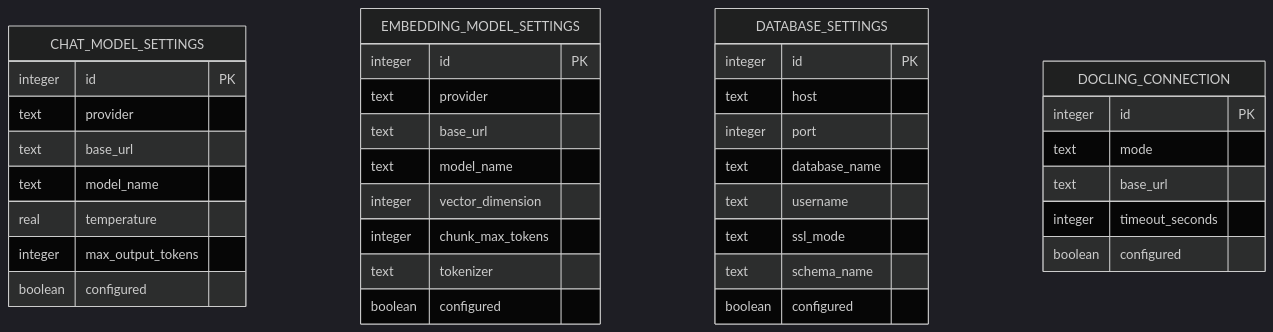
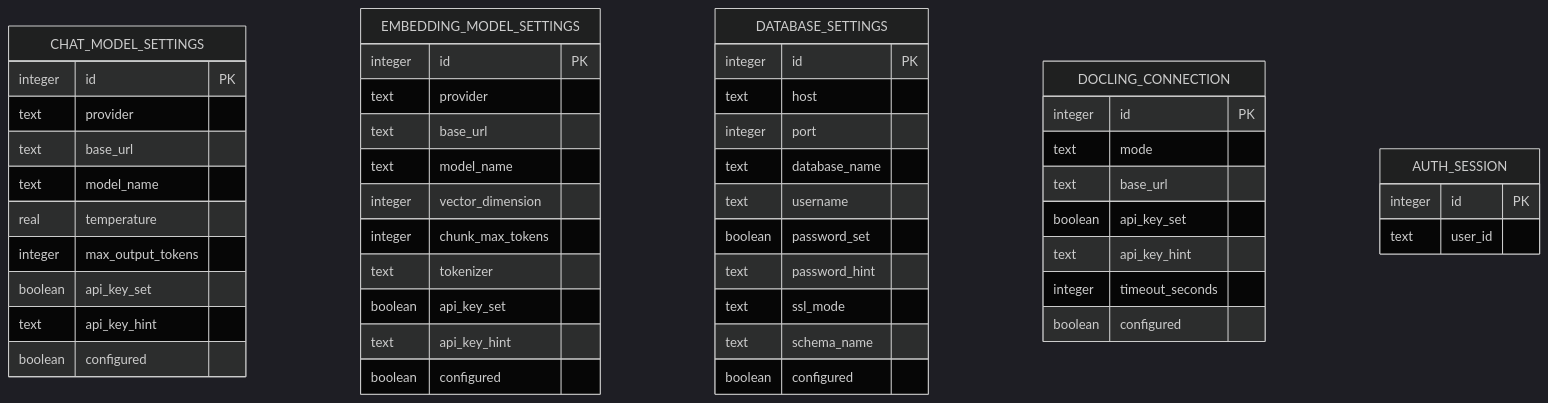
One commit to RP-Guruh/rag-studio changed the fourth of 4 diagrams in README.md. Above: the diagram before and after it, drawn with Mermaid (dark theme). The commit also changed other lines of this file, not shown here.

Commit message:
docs: rewrite README with setup guide and current architecture

````diff
--- a/README.md
+++ b/README.md
@@ -217,39 +287,51 @@
 ```mermaid
 erDiagram
     CHAT_MODEL_SETTINGS {
         integer id PK
         text provider
         text base_url
         text model_name
         real temperature
         integer max_output_tokens
+        boolean api_key_set
+        text api_key_hint
         boolean configured
     }
     EMBEDDING_MODEL_SETTINGS {
         integer id PK
         text provider
         text base_url
         text model_name
         integer vector_dimension
         integer chunk_max_tokens
         text tokenizer
+        boolean api_key_set
+        text api_key_hint
         boolean configured
     }
     DATABASE_SETTINGS {
         integer id PK
         text host
         integer port
         text database_name
         text username
+        boolean password_set
+        text password_hint
         text ssl_mode
         text schema_name
         boolean configured
     }
     DOCLING_CONNECTION {
         integer id PK
         text mode
         text base_url
+        boolean api_key_set
+        text api_key_hint
         integer timeout_seconds
         boolean configured
     }
+    AUTH_SESSION {
+        integer id PK
+        text user_id
+    }
 ```
````
